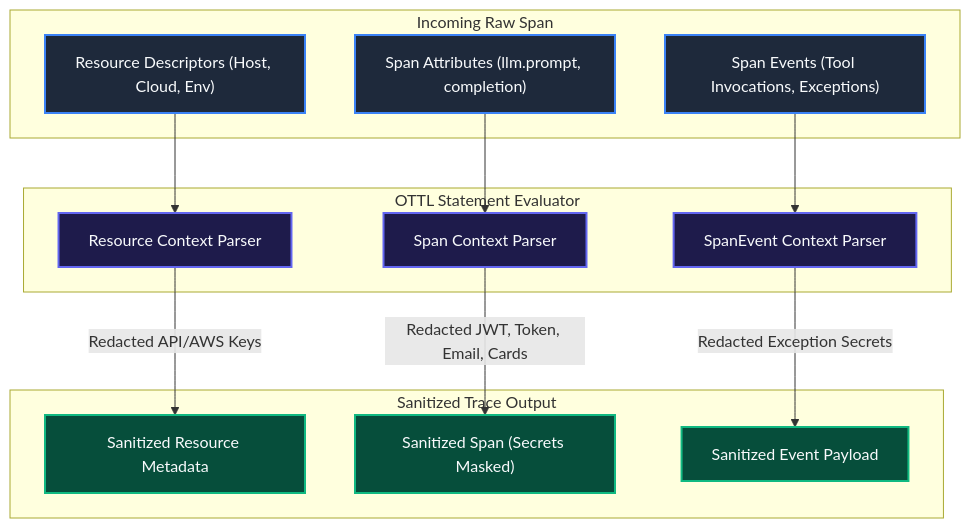
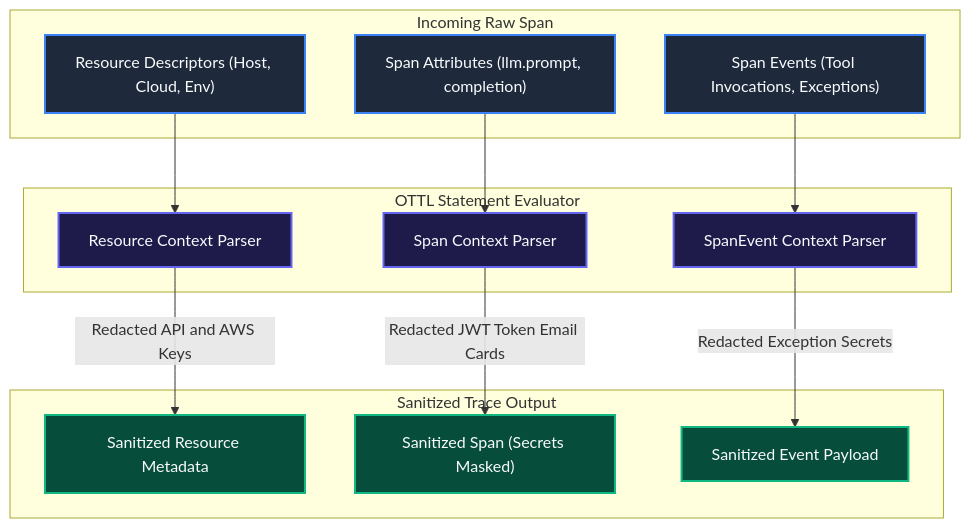
One commit to Chief-Strategist-J/llm-obs-infra changed the seventh of 22 diagrams in docs/configDoc/otel-collector-configuration-guide.md. Above: the diagram before and after it, drawn with Mermaid. The commit also changed other lines of this file and 4 other files, not shown here.

First line of the commit message:
fix(docs): resolve Mermaid parse errors in edge labels across OTel guide and ADR-0009

````diff
--- a/docs/configDoc/otel-collector-configuration-guide.md
+++ b/docs/configDoc/otel-collector-configuration-guide.md
@@ -929,38 +929,38 @@
 ```mermaid
 graph TD
     subgraph InboundTracePayload ["Incoming Raw Span"]
         ResMeta["Resource Descriptors (Host, Cloud, Env)"]
         SpanAttrs["Span Attributes (llm.prompt, completion)"]
         SpanEvts["Span Events (Tool Invocations, Exceptions)"]
     end
 
     subgraph GrammarExecution ["OTTL Statement Evaluator"]
         ResParser["Resource Context Parser"]
         SpanParser["Span Context Parser"]
         EventParser["SpanEvent Context Parser"]
     end
 
     subgraph SanitizedOutput ["Sanitized Trace Output"]
         CleanRes["Sanitized Resource Metadata"]
         CleanSpan["Sanitized Span (Secrets Masked)"]
         CleanEvents["Sanitized Event Payload"]
     end
 
     ResMeta --> ResParser
     SpanAttrs --> SpanParser
     SpanEvts --> EventParser
 
-    ResParser -->|Redacted API/AWS Keys| CleanRes
-    SpanParser -->|Redacted JWT, Token, Email, Cards| CleanSpan
+    ResParser -->|Redacted API and AWS Keys| CleanRes
+    SpanParser -->|Redacted JWT Token Email Cards| CleanSpan
     EventParser -->|Redacted Exception Secrets| CleanEvents
 
     style ResMeta fill:#1e293b,stroke:#3b82f6,stroke-width:2px,color:#f8fafc
     style SpanAttrs fill:#1e293b,stroke:#3b82f6,stroke-width:2px,color:#f8fafc
     style SpanEvts fill:#1e293b,stroke:#3b82f6,stroke-width:2px,color:#f8fafc
     style ResParser fill:#1e1b4b,stroke:#6366f1,stroke-width:2px,color:#f8fafc
     style SpanParser fill:#1e1b4b,stroke:#6366f1,stroke-width:2px,color:#f8fafc
     style EventParser fill:#1e1b4b,stroke:#6366f1,stroke-width:2px,color:#f8fafc
     style CleanRes fill:#064e3b,stroke:#10b981,stroke-width:2px,color:#f8fafc
     style CleanSpan fill:#064e3b,stroke:#10b981,stroke-width:2px,color:#f8fafc
     style CleanEvents fill:#064e3b,stroke:#10b981,stroke-width:2px,color:#f8fafc
 ```
````
